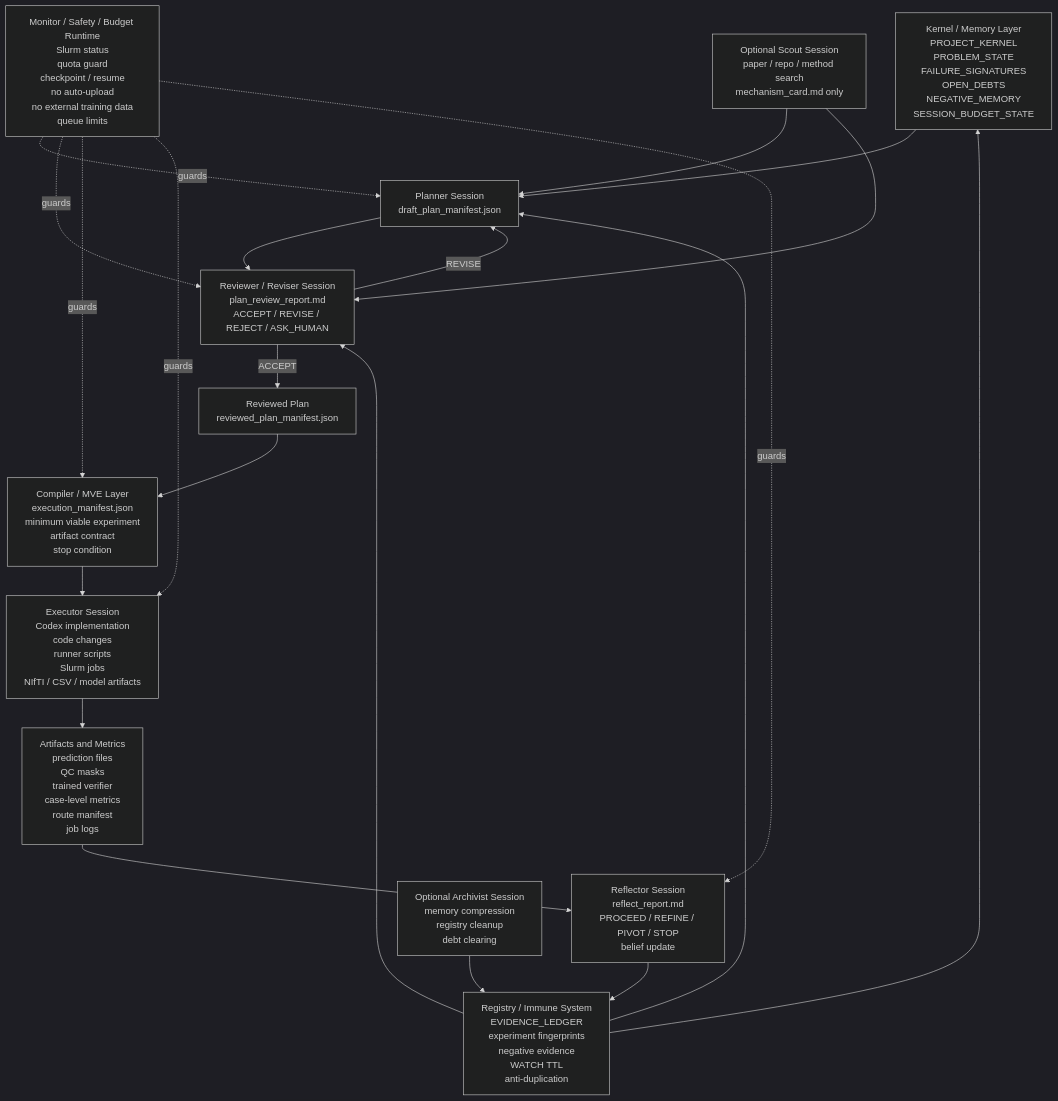
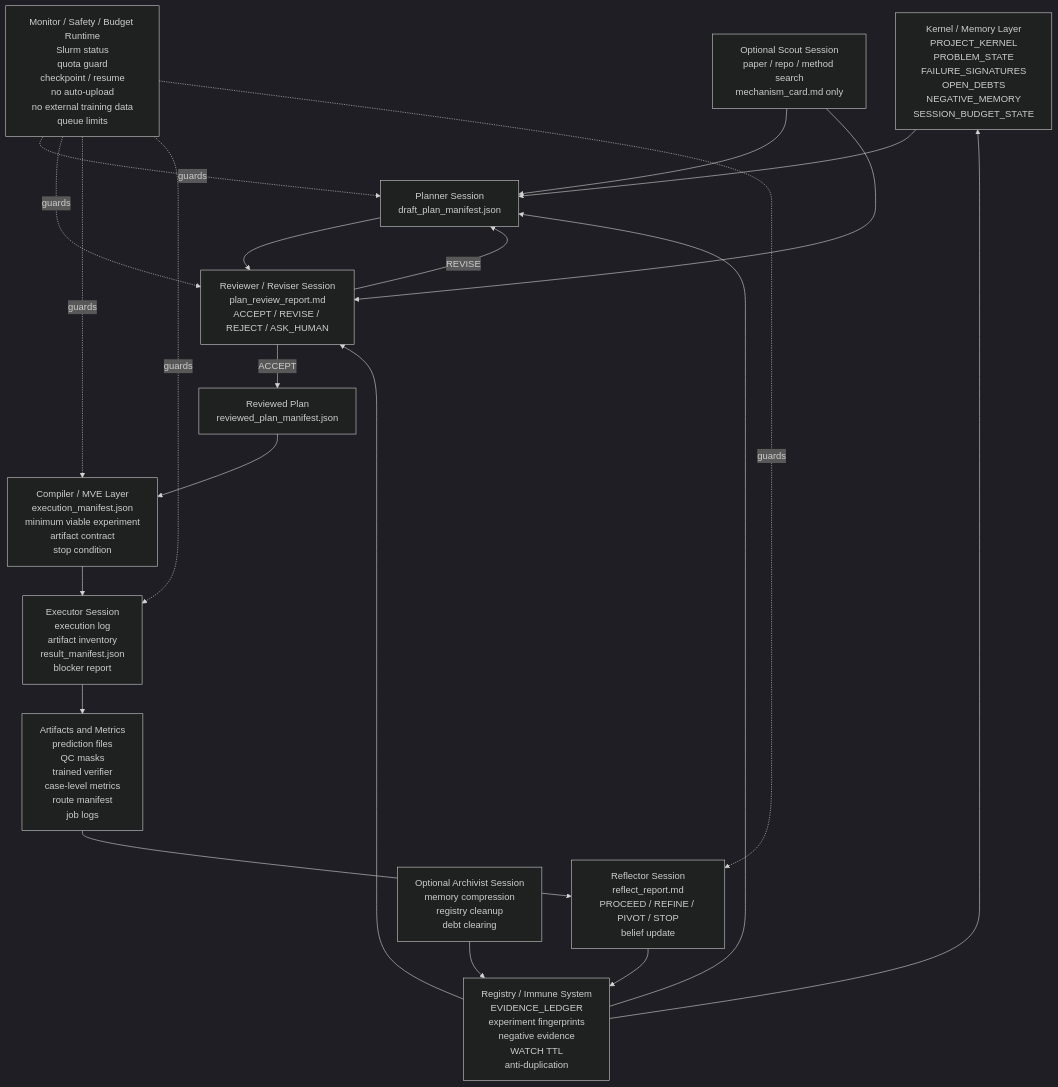
One commit to YuukiAS/VibeResearch changed the diagram in README.md. Above: the diagram before and after it, drawn with Mermaid (dark theme). The commit also changed other lines of this file and 10 other files, not shown here.

Commit message:
Release 0.16.0 executor session

````diff
--- a/README.md
+++ b/README.md
@@ -130,34 +134,34 @@
 ```mermaid
 flowchart TD
     A["Kernel / Memory Layer<br/>PROJECT_KERNEL<br/>PROBLEM_STATE<br/>FAILURE_SIGNATURES<br/>OPEN_DEBTS<br/>NEGATIVE_MEMORY<br/>SESSION_BUDGET_STATE"] --> B["Planner Session<br/>draft_plan_manifest.json"]
 
     B --> C["Reviewer / Reviser Session<br/>plan_review_report.md<br/>ACCEPT / REVISE / REJECT / ASK_HUMAN"]
 
     C -- REVISE --> B
     C -- ACCEPT --> D["Reviewed Plan<br/>reviewed_plan_manifest.json"]
 
     D --> E["Compiler / MVE Layer<br/>execution_manifest.json<br/>minimum viable experiment<br/>artifact contract<br/>stop condition"]
 
-    E --> F["Executor Session<br/>Codex implementation<br/>code changes<br/>runner scripts<br/>Slurm jobs<br/>NIfTI / CSV / model artifacts"]
+    E --> F["Executor Session<br/>execution log<br/>artifact inventory<br/>result_manifest.json<br/>blocker report"]
 
     F --> G["Artifacts and Metrics<br/>prediction files<br/>QC masks<br/>trained verifier<br/>case-level metrics<br/>route manifest<br/>job logs"]
 
     G --> H["Reflector Session<br/>reflect_report.md<br/>PROCEED / REFINE / PIVOT / STOP<br/>belief update"]
 
     H --> I["Registry / Immune System<br/>EVIDENCE_LEDGER<br/>experiment fingerprints<br/>negative evidence<br/>WATCH TTL<br/>anti-duplication"]
 
     I --> A
     I --> B
     I --> C
 
     J["Monitor / Safety / Budget Runtime<br/>Slurm status<br/>quota guard<br/>checkpoint / resume<br/>no auto-upload<br/>no external training data<br/>queue limits"] -. guards .-> B
     J -. guards .-> C
     J -. guards .-> E
     J -. guards .-> F
     J -. guards .-> H
 
     K["Optional Scout Session<br/>paper / repo / method search<br/>mechanism_card.md only"] --> B
     K --> C
 
     L["Optional Archivist Session<br/>memory compression<br/>registry cleanup<br/>debt clearing"] --> I
 ```
````
